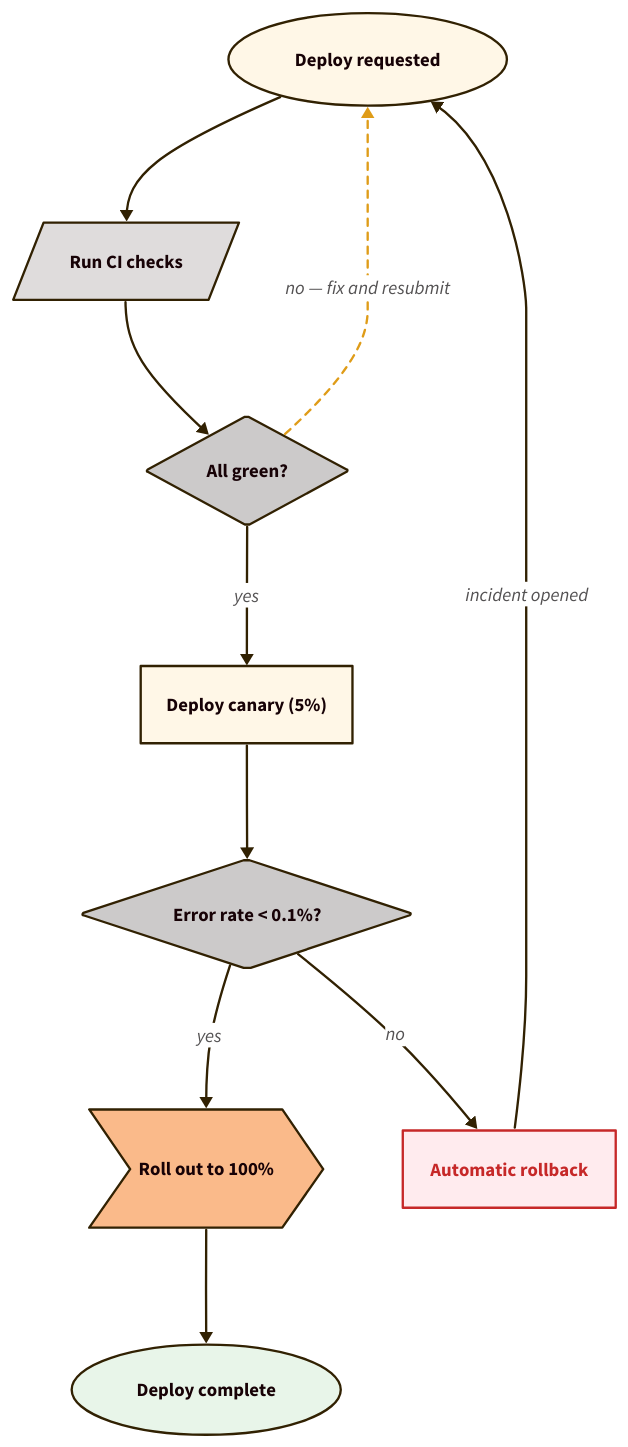
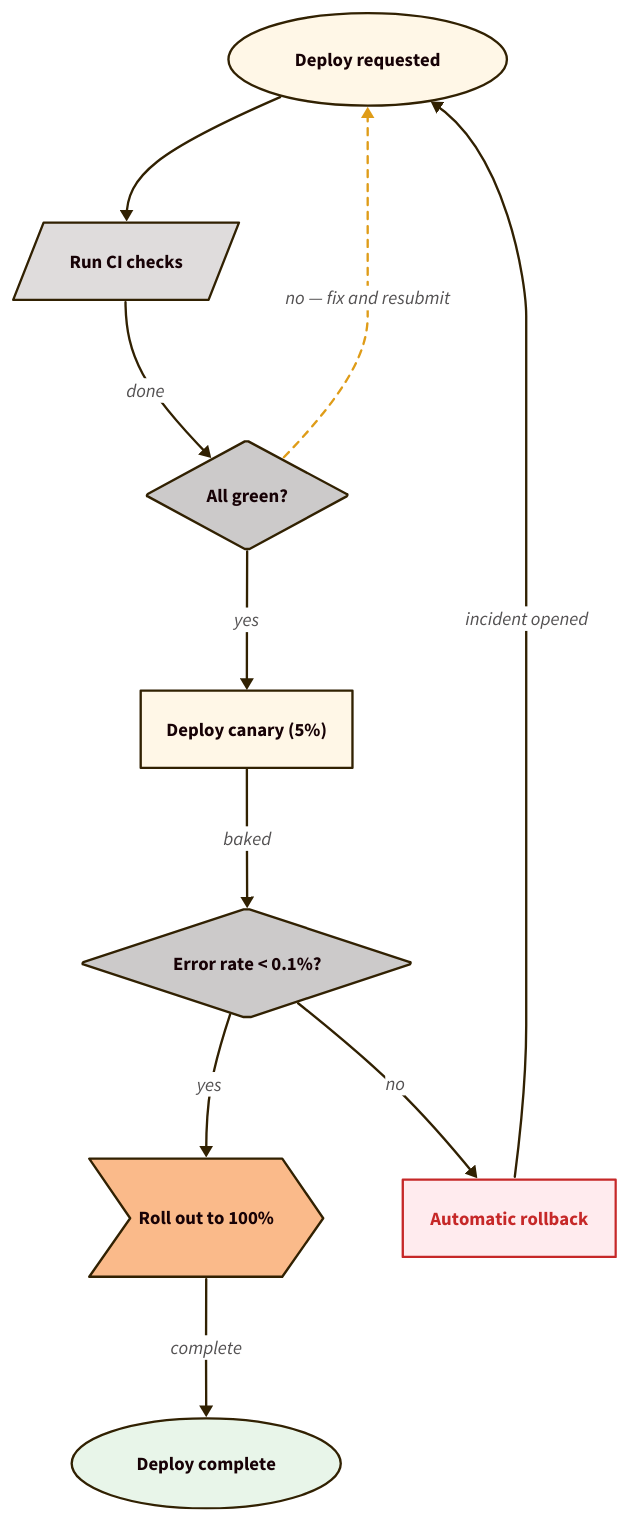
One commit to aksdrx/d2-mcp changed the diagram in skills/d2-diagrams/examples/flowchart.d2. Above: the diagram before and after it, drawn with D2. The commit also changed 8 other files, not shown here.

```diff
--- a/skills/d2-diagrams/examples/flowchart.d2
+++ b/skills/d2-diagrams/examples/flowchart.d2
@@ -1,34 +1,36 @@
 # Flowchart: decision diamonds, labeled branches, loop-back edge.
 
 vars: {
   d2-config: {
+    layout-engine: dagre
     theme-id: 105
     pad: 40
   }
 }
 
 direction: down
 
 start: Deploy requested {shape: oval}
 checks: Run CI checks {shape: parallelogram}
 green: All green? {shape: diamond}
 canary: Deploy canary (5%)
 metrics: Error rate < 0.1%? {shape: diamond}
 full: Roll out to 100% {shape: step}
 rollback: Automatic rollback {
   style: {
     fill: "#FFEBEE"
     stroke: "#C62828"
     font-color: "#C62828"
   }
 }
 done: Deploy complete {shape: oval; style.fill: "#E8F5E9"}
 
-start -> checks -> green
+start -> checks
+checks -> green: done
 green -> canary: yes
 green -> start: "no — fix and resubmit" {style.stroke-dash: 3}
-canary -> metrics
+canary -> metrics: baked
 metrics -> full: yes
 metrics -> rollback: no
 rollback -> start: incident opened
-full -> done
+full -> done: complete
```
